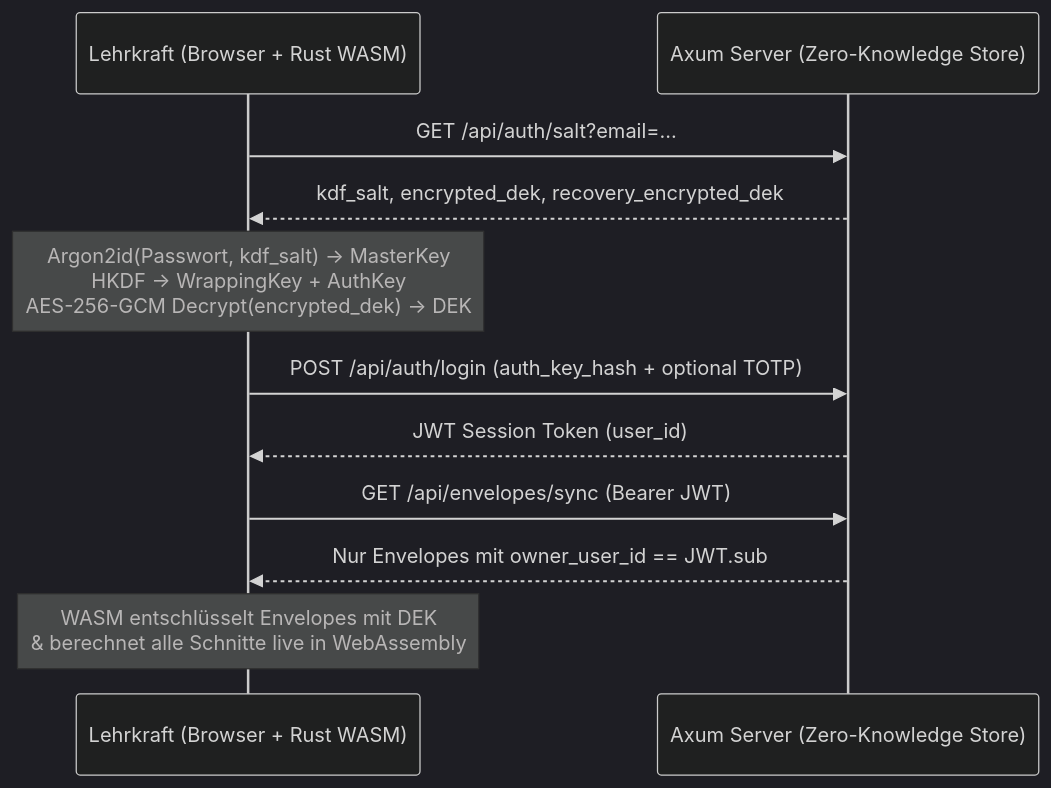
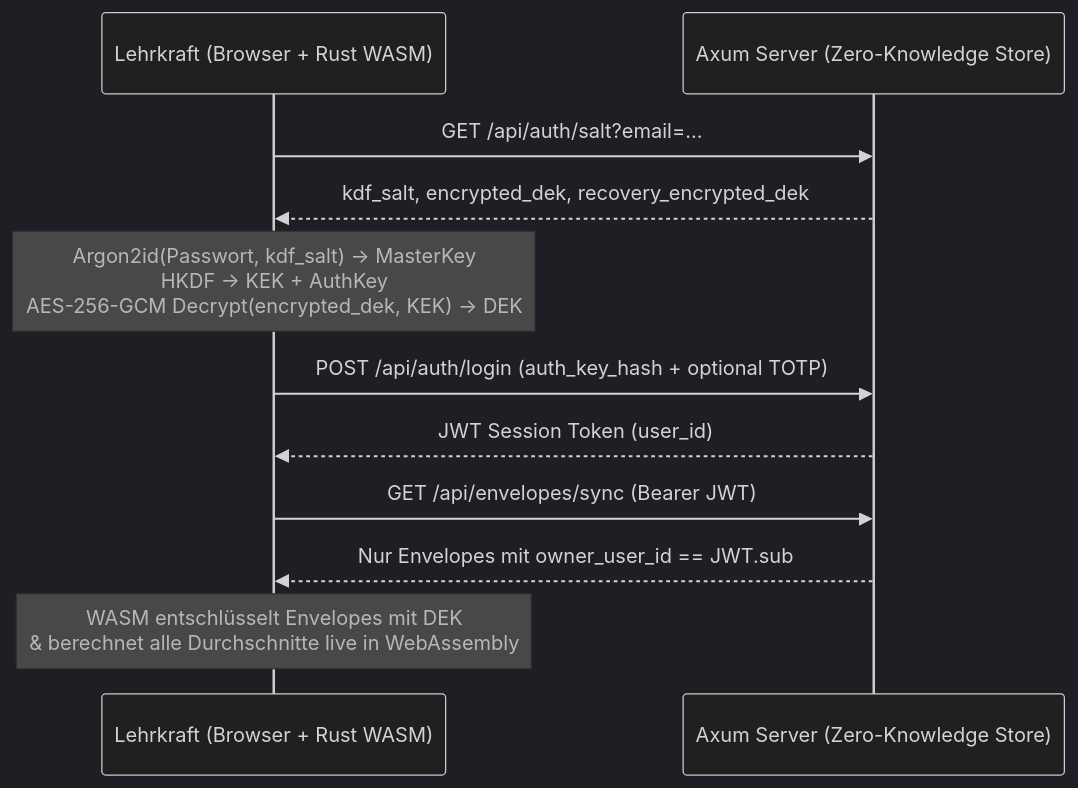
The diagram in docs/ARCHITECTURE_AND_REVIEW_GUIDE.md (gradus21/gradus21), drawn with Mermaid (dark theme) before and after one commit. The commit also changed other lines of this file and 54 other files, not shown here.

````diff
--- a/docs/ARCHITECTURE_AND_REVIEW_GUIDE.md
+++ b/docs/ARCHITECTURE_AND_REVIEW_GUIDE.md
@@ -15,14 +16,14 @@
 ```mermaid
 sequenceDiagram
     participant Teacher as Lehrkraft (Browser + Rust WASM)
     participant Server as Axum Server (Zero-Knowledge Store)
 
     Teacher->>Server: GET /api/auth/salt?email=...
     Server-->>Teacher: kdf_salt, encrypted_dek, recovery_encrypted_dek
-    Note over Teacher: Argon2id(Passwort, kdf_salt) -> MasterKey<br/>HKDF -> WrappingKey + AuthKey<br/>AES-256-GCM Decrypt(encrypted_dek) -> DEK
+    Note over Teacher: Argon2id(Passwort, kdf_salt) -> MasterKey<br/>HKDF -> KEK + AuthKey<br/>AES-256-GCM Decrypt(encrypted_dek, KEK) -> DEK
     Teacher->>Server: POST /api/auth/login (auth_key_hash + optional TOTP)
     Server-->>Teacher: JWT Session Token (user_id)
     Teacher->>Server: GET /api/envelopes/sync (Bearer JWT)
     Server-->>Teacher: Nur Envelopes mit owner_user_id == JWT.sub
-    Note over Teacher: WASM entschlüsselt Envelopes mit DEK<br/>& berechnet alle Schnitte live in WebAssembly
+    Note over Teacher: WASM entschlüsselt Envelopes mit DEK<br/>& berechnet alle Durchschnitte live in WebAssembly
 ```
````
